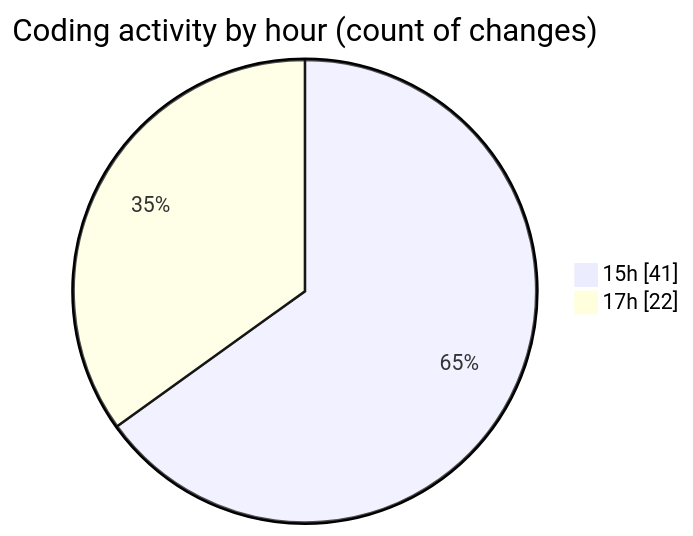
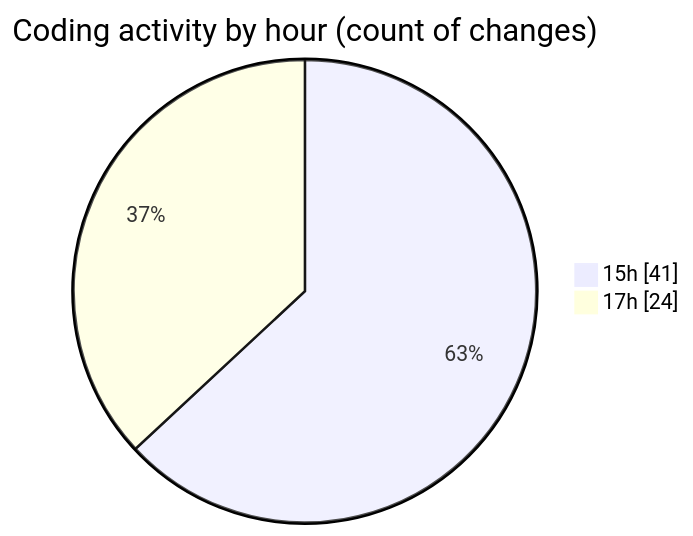
One commit to Netris89/code-tracking changed the second of 2 diagrams in 2025-10-26/skintrack/README.md. Above: the diagram before and after it, drawn with Mermaid. The commit also changed other lines of this file and 1 other file, not shown here.

````diff
--- a/2025-10-26/skintrack/README.md
+++ b/2025-10-26/skintrack/README.md
@@ -36,6 +36,6 @@
 ```mermaid
 pie showData
 title Coding activity by hour (count of changes)
 "15h" : 41
-"17h" : 22
+"17h" : 24
 ```
````
